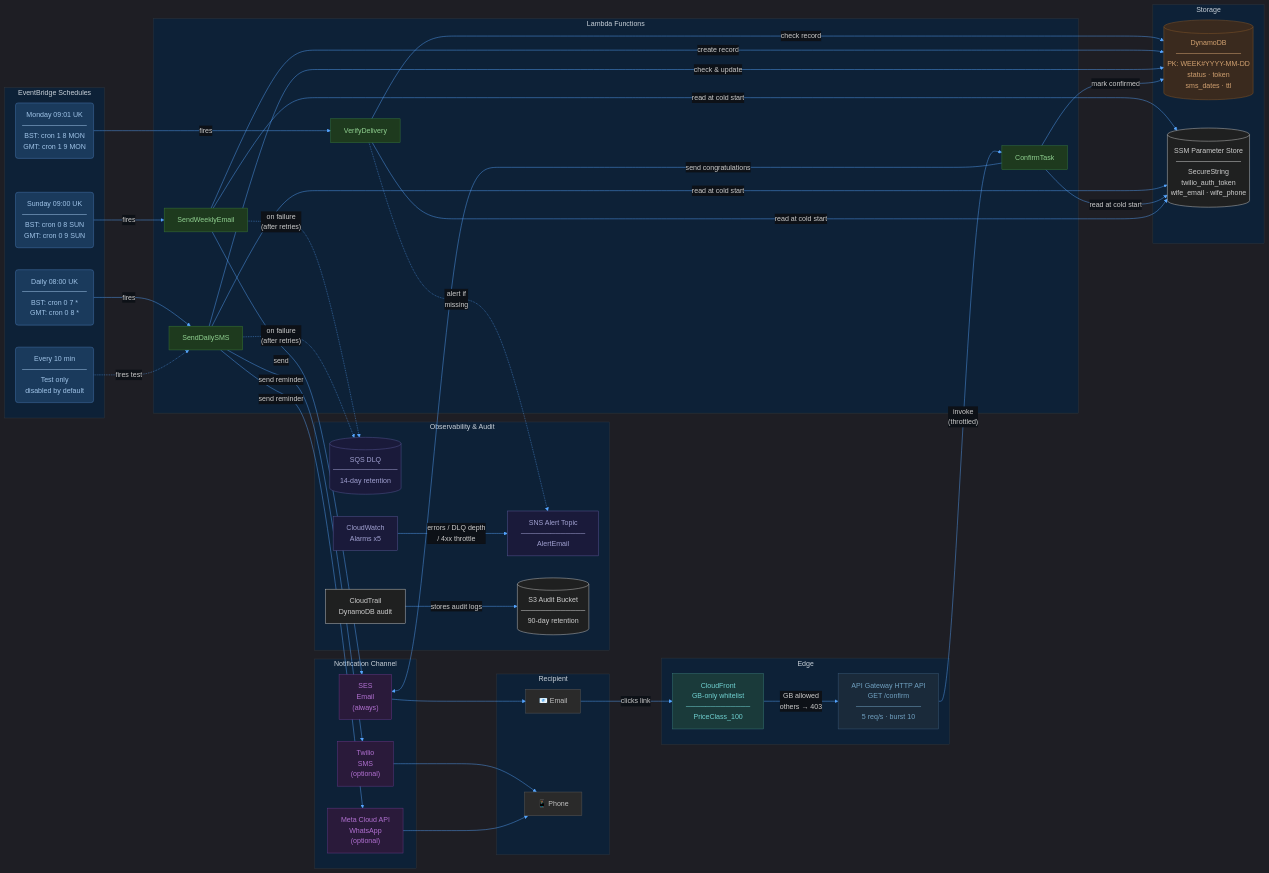
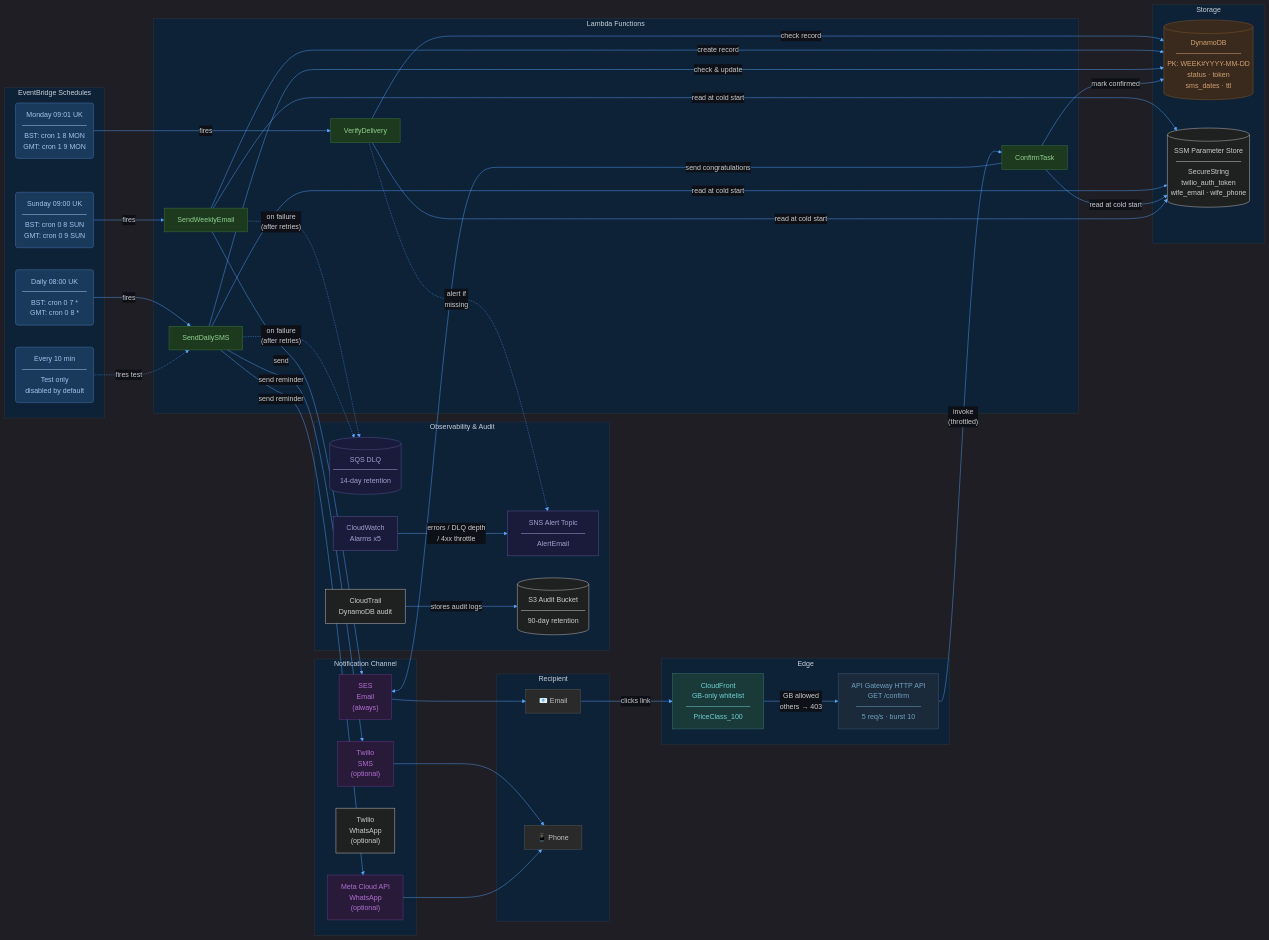
Before and after one commit to baldrickuk/washingmachine-notifications: the first of 12 diagrams in docs/architecture.md, drawn with Mermaid. The commit also changed other lines of this file and 1 other file, not shown here.

First line of the commit message:
docs: update architecture and README for Twilio WhatsApp channel

```diff
--- a/docs/architecture.md
+++ b/docs/architecture.md
@@ -45,6 +45,7 @@
     subgraph channel ["  Notification Channel  "]
         SES["SES\nEmail\n(always)"]
         TW["Twilio\nSMS\n(optional)"]
+        TWA["Twilio\nWhatsApp\n(optional)"]
         WA["Meta Cloud API\nWhatsApp\n(optional)"]
     end
 
```
